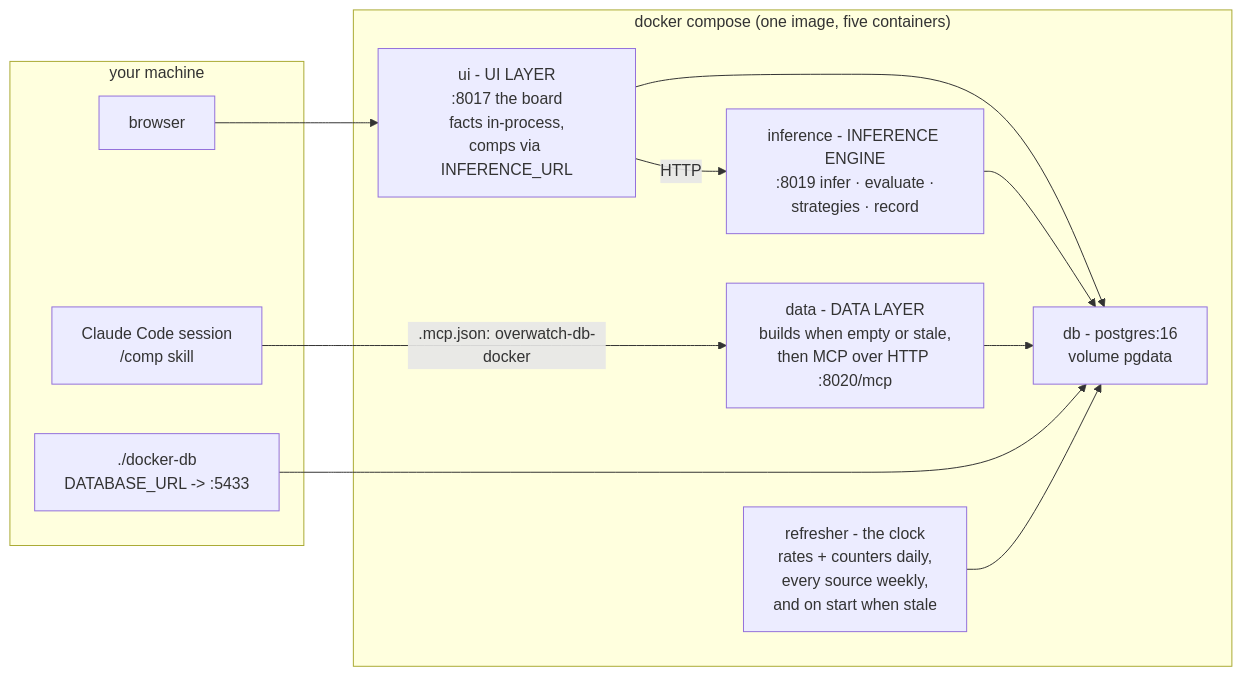
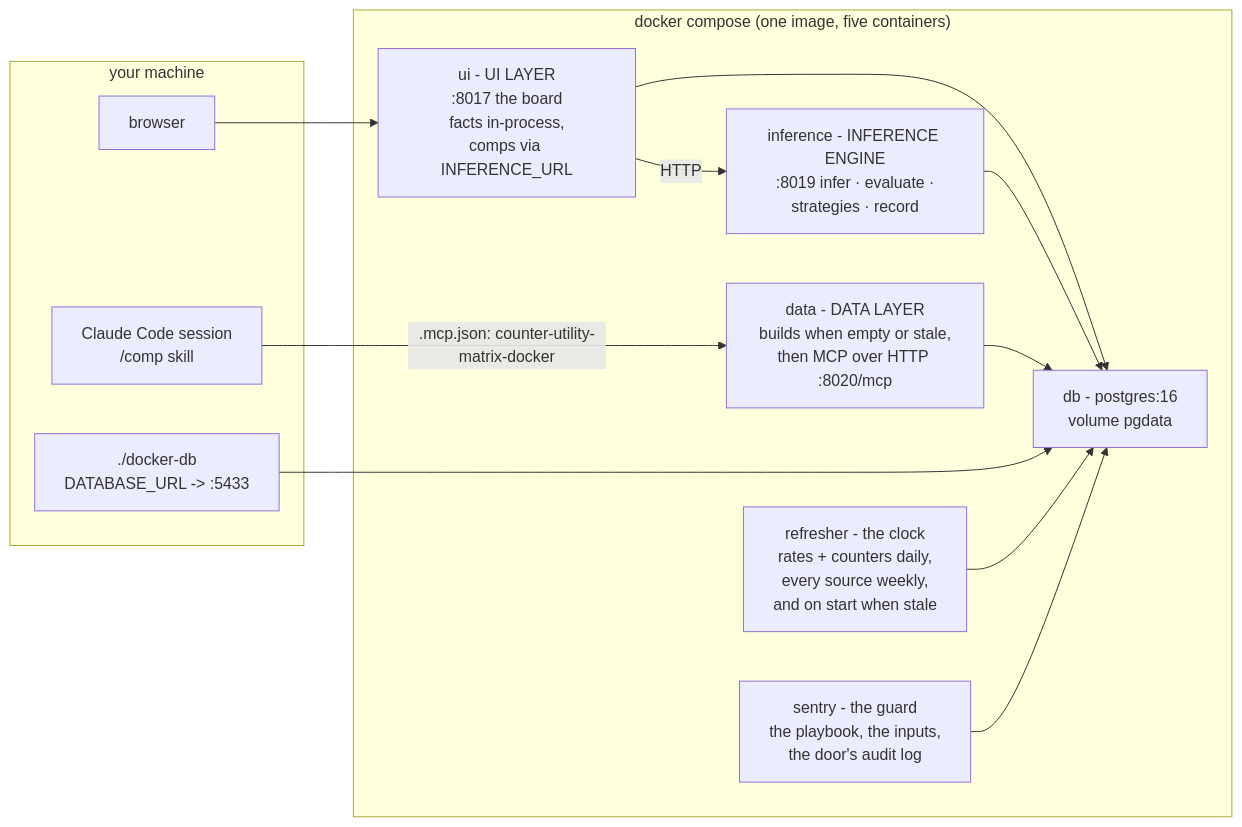
One commit to mmikol/counter-utility-matrix changed the second of 2 diagrams in docs/architecture.md. Above: the diagram before and after it, drawn with Mermaid. The commit also changed other lines of this file and 58 other files, not shown here.

First line of the commit message:
Counter Utility Matrix: the rename, the hardening, the sentry, three kinds, the board

````diff
--- a/docs/architecture.md
+++ b/docs/architecture.md
@@ -125,23 +126,25 @@
 ```mermaid
 flowchart LR
     subgraph HOST["your machine"]
         SESSION["Claude Code session<br/>/comp skill"]
         BROWSER["browser"]
         SHELL["./docker-db<br/>DATABASE_URL -> :5433"]
     end
     subgraph DOCKER["docker compose (one image, five containers)"]
         DATA["data - DATA LAYER<br/>builds when empty or stale,<br/>then MCP over HTTP :8020/mcp"]
         INF["inference - INFERENCE ENGINE<br/>:8019 infer · evaluate ·<br/>strategies · record"]
         UI["ui - UI LAYER<br/>:8017 the board<br/>facts in-process,<br/>comps via INFERENCE_URL"]
         DBC["db - postgres:16<br/>volume pgdata"]
         REF["refresher - the clock<br/>rates + counters daily,<br/>every source weekly,<br/>and on start when stale"]
+        SEN["sentry - the guard<br/>the playbook, the inputs,<br/>the door's audit log"]
     end
-    SESSION -->|".mcp.json: overwatch-db-docker"| DATA
+    SESSION -->|".mcp.json: counter-utility-matrix-docker"| DATA
     BROWSER --> UI
     UI -->|"HTTP"| INF
     UI --> DBC
     INF --> DBC
     DATA --> DBC
     SHELL --> DBC
     REF --> DBC
+    SEN --> DBC
 ```
````
